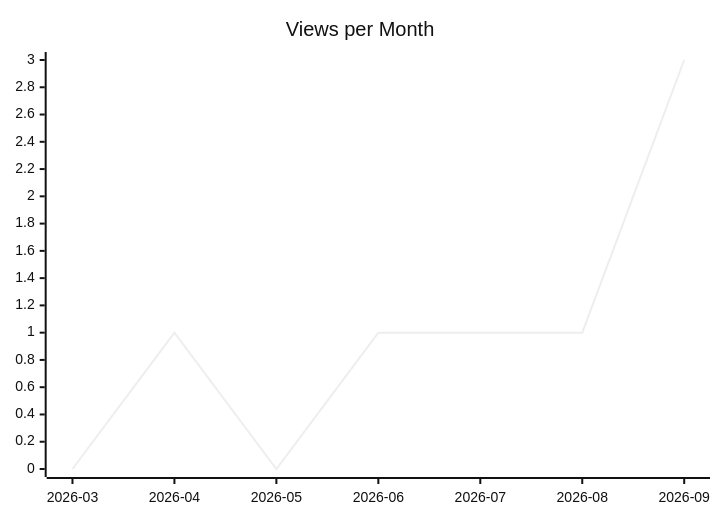
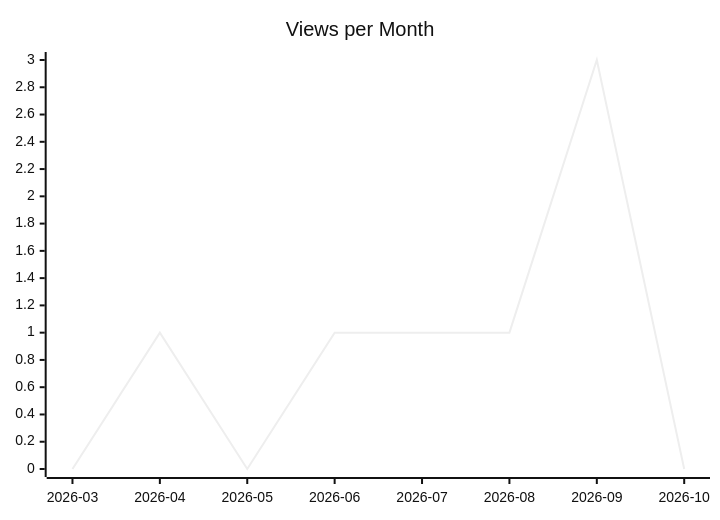
Before and after one commit to justdavis-family/github-analytics-data: the second of 3 diagrams in karlmdavis/ansible-role-rcm-dotfiles/README.md, drawn with Mermaid (neutral theme). The commit also changed other lines of this file and 202 other files, not shown here.

````diff
--- a/karlmdavis/ansible-role-rcm-dotfiles/README.md
+++ b/karlmdavis/ansible-role-rcm-dotfiles/README.md
@@ -12,6 +12,6 @@
 ```mermaid
 xychart-beta
   title "Views per Month"
-  x-axis ["2026-03", "2026-04", "2026-05", "2026-06", "2026-07", "2026-08", "2026-09"]
-  line [0, 1, 0, 1, 1, 1, 3]
+  x-axis ["2026-03", "2026-04", "2026-05", "2026-06", "2026-07", "2026-08", "2026-09", "2026-10"]
+  line [0, 1, 0, 1, 1, 1, 3, 0]
 ```
````
